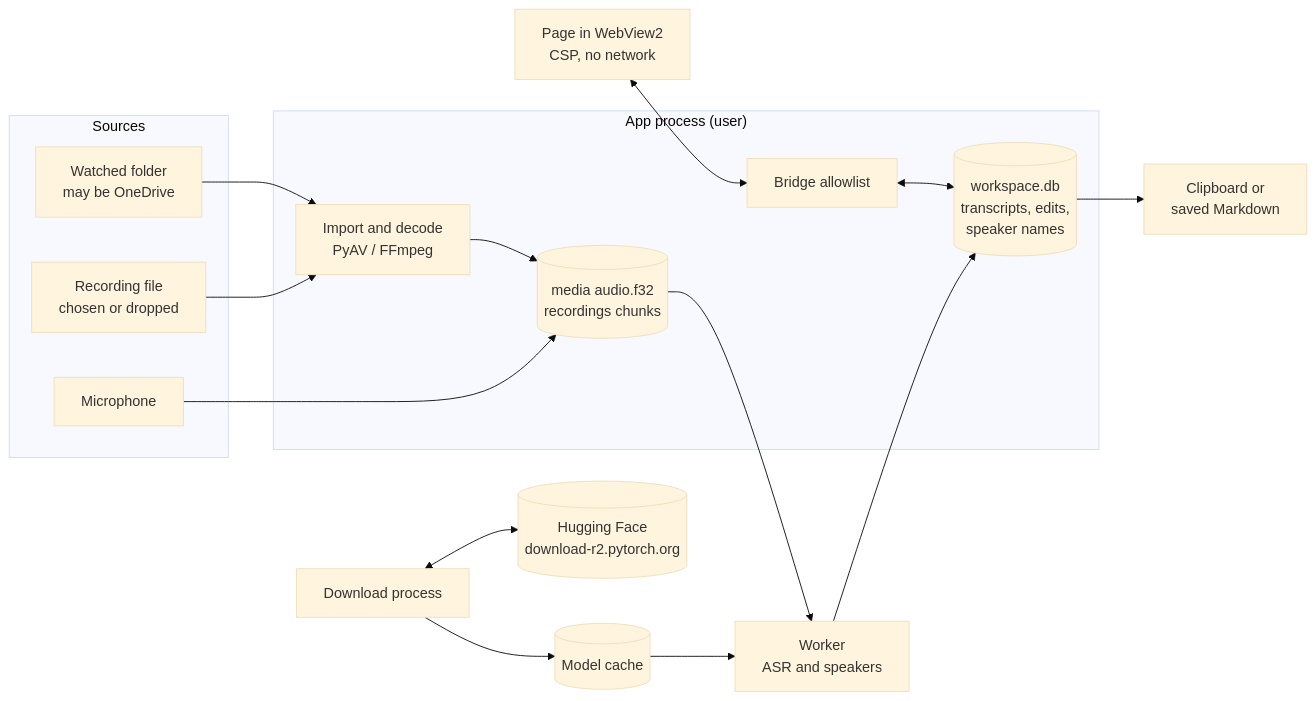
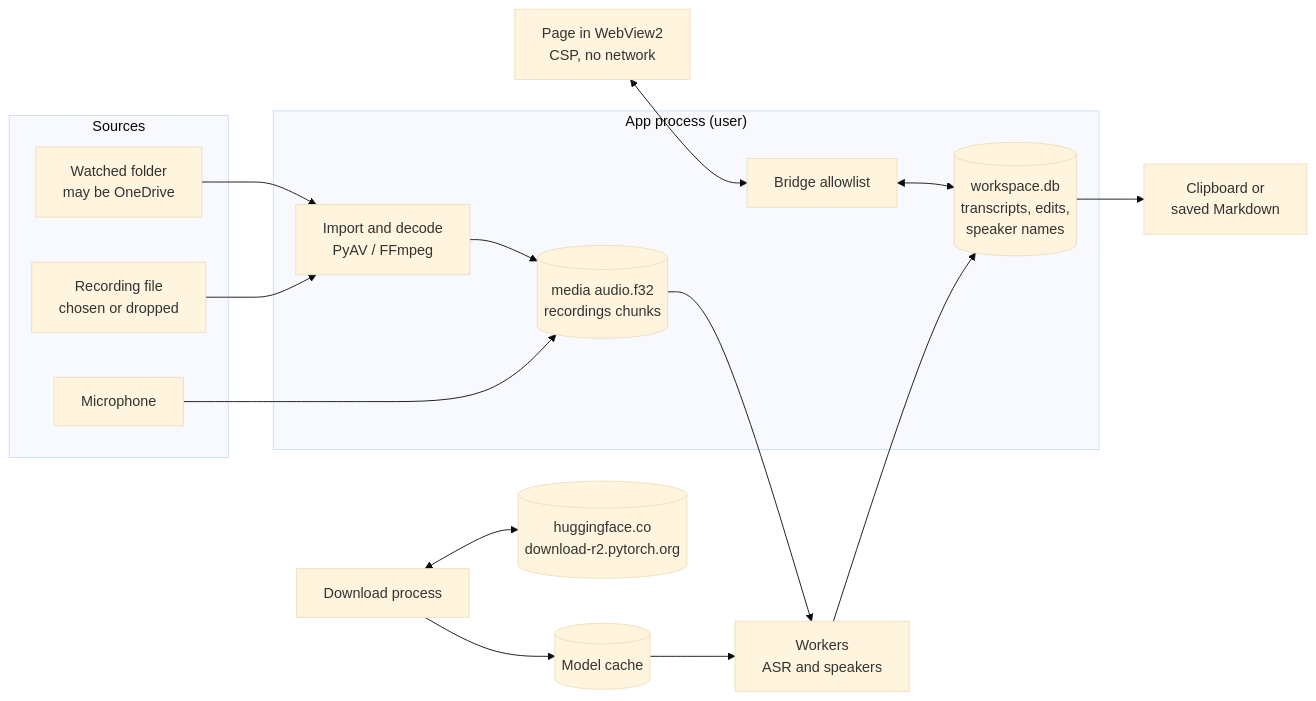
Before and after one commit to thatskiff33/unminute: the diagram in docs/SECURITY_MODEL.md, drawn with Mermaid (base theme). The commit also changed other lines of this file and 1 other file, not shown here.

````diff
--- a/docs/SECURITY_MODEL.md
+++ b/docs/SECURITY_MODEL.md
@@ -39,33 +49,33 @@
 ```mermaid
 flowchart LR
   subgraph Sources
     F[Recording file<br/>chosen or dropped]
     W[Watched folder<br/>may be OneDrive]
     M[Microphone]
   end
   subgraph App["App process (user)"]
     I[Import and decode<br/>PyAV / FFmpeg]
     S[(workspace.db<br/>transcripts, edits,<br/>speaker names)]
     A[(media audio.f32<br/>recordings chunks)]
     B[Bridge allowlist]
   end
   P[Page in WebView2<br/>CSP, no network]
-  K[Worker<br/>ASR and speakers]
+  K[Workers<br/>ASR and speakers]
   D[Download process]
-  HF[(Hugging Face<br/>download-r2.pytorch.org)]
+  HF[(huggingface.co<br/>download-r2.pytorch.org)]
   MC[(Model cache)]
   O[Clipboard or<br/>saved Markdown]
 
   F --> I
   W --> I
   M --> A
   I --> A
   A --> K
   K --> S
   MC --> K
   P <--> B
   B <--> S
   S --> O
   D <--> HF
   D --> MC
 ```
````
